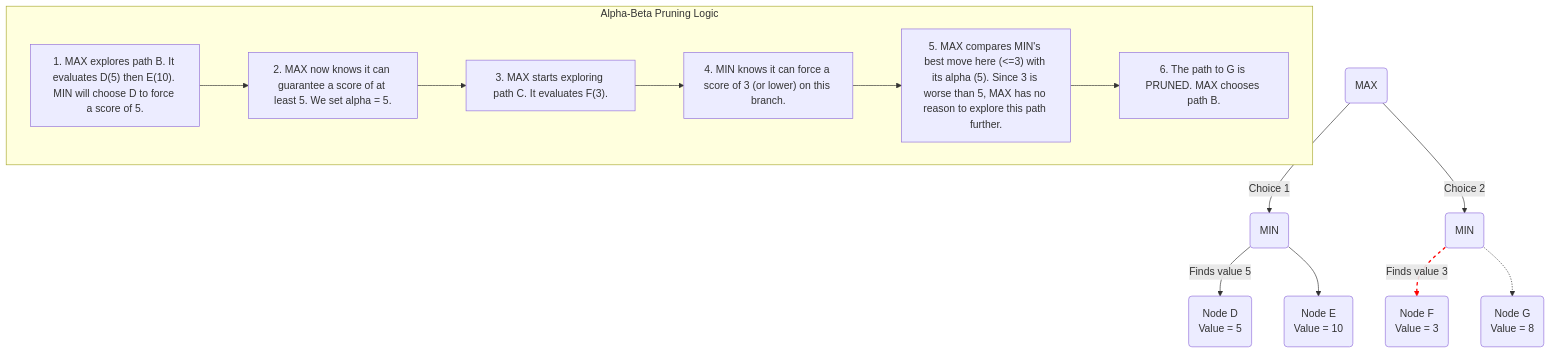
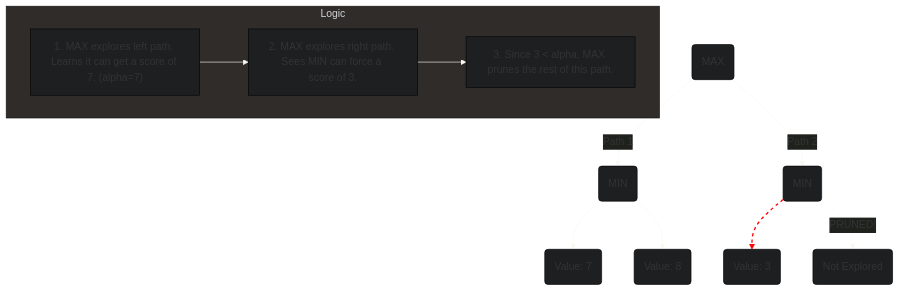
The sixth of 6 diagrams in _posts/2025-08-08-ai-search-algorithms-a-z.md (eltay89/eltay89.github.io), drawn with Mermaid before and after one commit. The commit also changed other lines of this file, not shown here.

````diff
--- a/_posts/2025-08-08-ai-search-algorithms-a-z.md
+++ b/_posts/2025-08-08-ai-search-algorithms-a-z.md
@@ -262,24 +244,19 @@
 ```mermaid
+%%{ init: { 'theme': 'base', 'themeVariables': { 'primaryColor': '#1d1f21', 'lineColor': '#f8f8f2', 'textColor': '#f8f8f2' } } }%%
 graph TD
-    A(MAX);
-    A -- "Choice 1" --> B(MIN);
-    A -- "Choice 2" --> C(MIN);
+    A("MAX") -- "Path 1" --> B("MIN");
+    A -- "Path 2" --> C("MIN");
     
-    B -- "Finds value 5" --> D(Node D<br>Value = 5);
-    B -- " " --> E(Node E<br>Value = 10);
+    B --> D("Value: 7");
+    B --> E("Value: 8");
     
-    C -- "Finds value 3" --> F(Node F<br>Value = 3);
-    C -.-> G(Node G<br>Value = 8);
+    C --> F("Value: 3");
+    C -. "PRUNED!" .-> G("Not Explored");
 
-    subgraph "Alpha-Beta Pruning Logic"
-      direction LR
-      L1["1. MAX explores path B. It evaluates D(5) then E(10). MIN will choose D to force a score of 5."] -->
-      L2["2. MAX now knows it can guarantee a score of at least 5. We set alpha = 5."] -->
-      L3["3. MAX starts exploring path C. It evaluates F(3)."] -->
-      L4["4. MIN knows it can force a score of 3 (or lower) on this branch."] -->
-      L5["5. MAX compares MIN's best move here (<=3) with its alpha (5). Since 3 is worse than 5, MAX has no reason to explore this path further."] -->
-      L6["6. The path to G is PRUNED. MAX chooses path B."]
+    subgraph "Logic"
+      L1["1. MAX explores left path. Learns it can get a score of 7. (alpha=7)"] -->
+      L2["2. MAX explores right path. Sees MIN can force a score of 3."] -->
+      L3["3. Since 3 < alpha, MAX prunes the rest of this path."]
     end
-
-    linkStyle 4 stroke-width:2px,stroke-dasharray: 5 5,stroke:red
+    linkStyle 4 stroke-width:2px,stroke-dasharray: 5 5,stroke:red;
 ```
````
